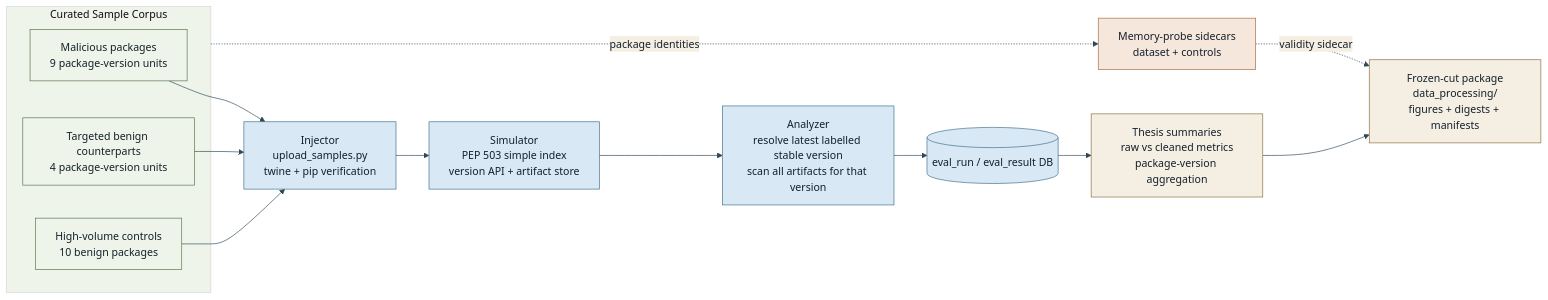
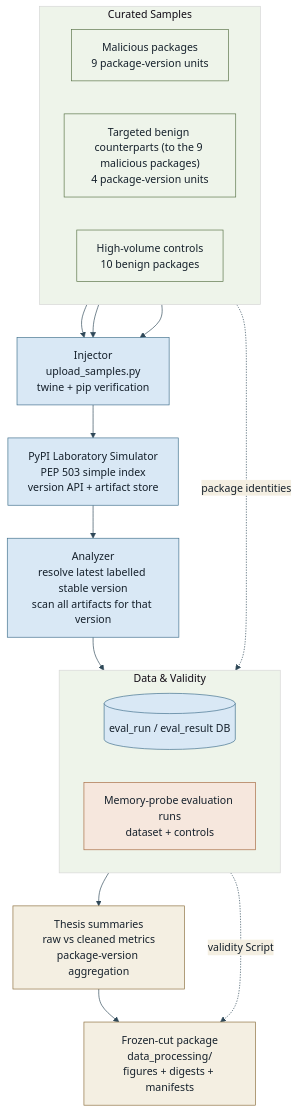
One commit to Alexander-Mani/PyPI-LABS changed the diagram in docs/diagrams/mermaid/system_overview.mmd. Above: the diagram before and after it, drawn with Mermaid. The commit also changed 3 other files, not shown here.

First line of the commit message:
Refresh Mermaid diagram sources to match the current system shape

```diff
--- a/docs/diagrams/mermaid/system_overview.mmd
+++ b/docs/diagrams/mermaid/system_overview.mmd
@@ -1,36 +1,45 @@
 %%{init: {'theme': 'base', 'themeVariables': { 'primaryColor': '#d9e8f5', 'primaryTextColor': '#15202b', 'primaryBorderColor': '#3f6f8c', 'lineColor': '#2f4858', 'secondaryColor': '#f4efe2', 'tertiaryColor': '#eef4ea', 'fontFamily': 'Helvetica' }}}%%
-flowchart LR
+flowchart TD
     classDef dataset fill:#eef4ea,stroke:#587246,stroke-width:1px,color:#15202b;
     classDef service fill:#d9e8f5,stroke:#3f6f8c,stroke-width:1px,color:#15202b;
     classDef output fill:#f4efe2,stroke:#8b6f3d,stroke-width:1px,color:#15202b;
     classDef sidecar fill:#f6e7dd,stroke:#a66a41,stroke-width:1px,color:#15202b;
 
-    subgraph SAMPLES[Curated Sample Corpus]
+    subgraph SAMPLES[Curated Samples]
+        direction LR
         MAL["Malicious packages<br/>9 package-version units"]
-        BEN["Targeted benign counterparts<br/>4 package-version units"]
+        BEN["Targeted benign counterparts (to the 9 malicious packages)<br/>4 package-version units"]
         CTRL["High-volume controls<br/>10 benign packages"]
     end
 
     INJ["Injector<br/>upload_samples.py<br/>twine + pip verification"]
-    SIM["Simulator<br/>PEP 503 simple index<br/>version API + artifact store"]
+    SIM["PyPI Laboratory Simulator<br/>PEP 503 simple index<br/>version API + artifact store"]
     ANA["Analyzer<br/>resolve latest labelled stable version<br/>scan all artifacts for that version"]
-    DB[("eval_run / eval_result DB")]
+    
+    subgraph DATA[Data & Validity]
+        direction LR
+        DB[("eval_run / eval_result DB")]
+        PROBE["Memory-probe evaluation runs<br/>dataset + controls"]
+    end
+    
     SUM["Thesis summaries<br/>raw vs cleaned metrics<br/>package-version aggregation"]
-    PROBE["Memory-probe sidecars<br/>dataset + controls"]
     CUT["Frozen-cut package<br/>data_processing/<br/>figures + digests + manifests"]
 
     MAL --> INJ
     BEN --> INJ
     CTRL --> INJ
+    
     INJ --> SIM
     SIM --> ANA
     ANA --> DB
+    
     DB --> SUM
     SUM --> CUT
+    
     SAMPLES -. package identities .-> PROBE
-    PROBE -. validity sidecar .-> CUT
+    PROBE -. validity Script .-> CUT
 
     class MAL,BEN,CTRL dataset;
     class INJ,SIM,ANA,DB service;
     class SUM,CUT output;
     class PROBE sidecar;
```
